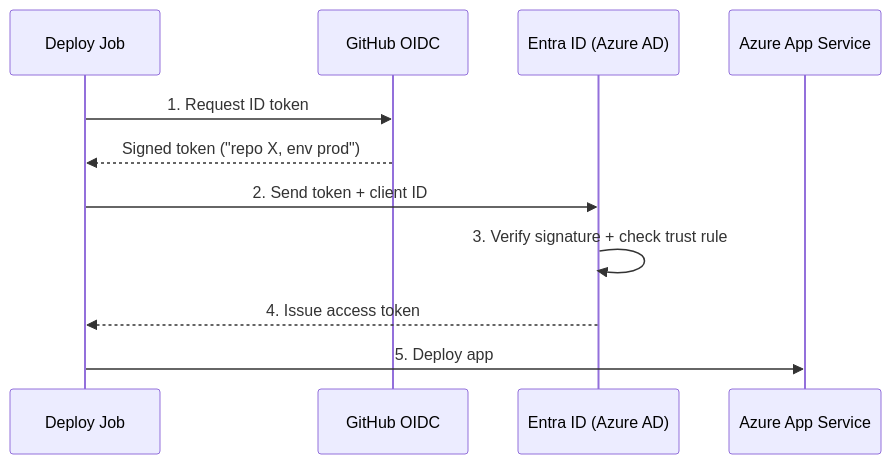
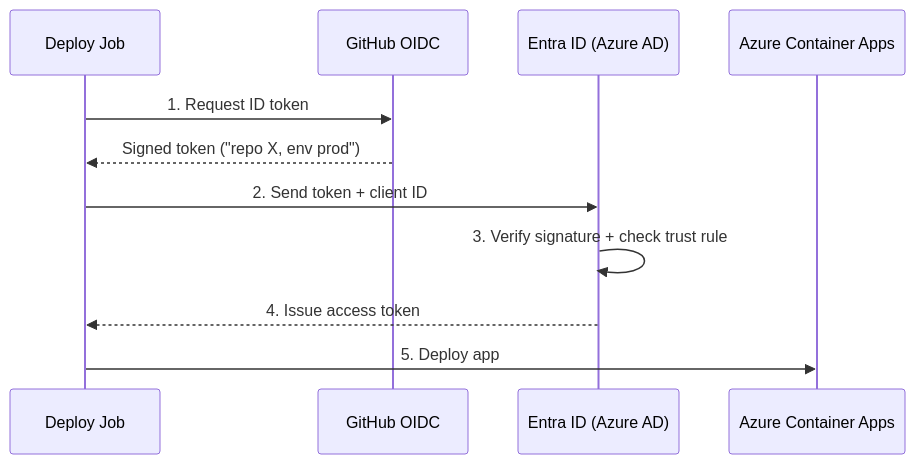
One commit to avlon-technologies/template-azure-cicd changed the diagram in docs/workload-identity-federation.md. Above: the diagram before and after it, drawn with Mermaid. The commit also changed other lines of this file and 12 other files, not shown here.

First line of the commit message:
Fix stale App Service references and add MIT license

````diff
--- a/docs/workload-identity-federation.md
+++ b/docs/workload-identity-federation.md
@@ -11,14 +11,14 @@
 ```mermaid
 sequenceDiagram
     participant Job as Deploy Job
     participant GH as GitHub OIDC
     participant Entra as Entra ID (Azure AD)
-    participant Azure as Azure App Service
+    participant Azure as Azure Container Apps
 
     Job->>GH: 1. Request ID token
     GH-->>Job: Signed token ("repo X, env prod")
     Job->>Entra: 2. Send token + client ID
     Entra->>Entra: 3. Verify signature + check trust rule
     Entra-->>Job: 4. Issue access token
     Job->>Azure: 5. Deploy app
 ```
````
